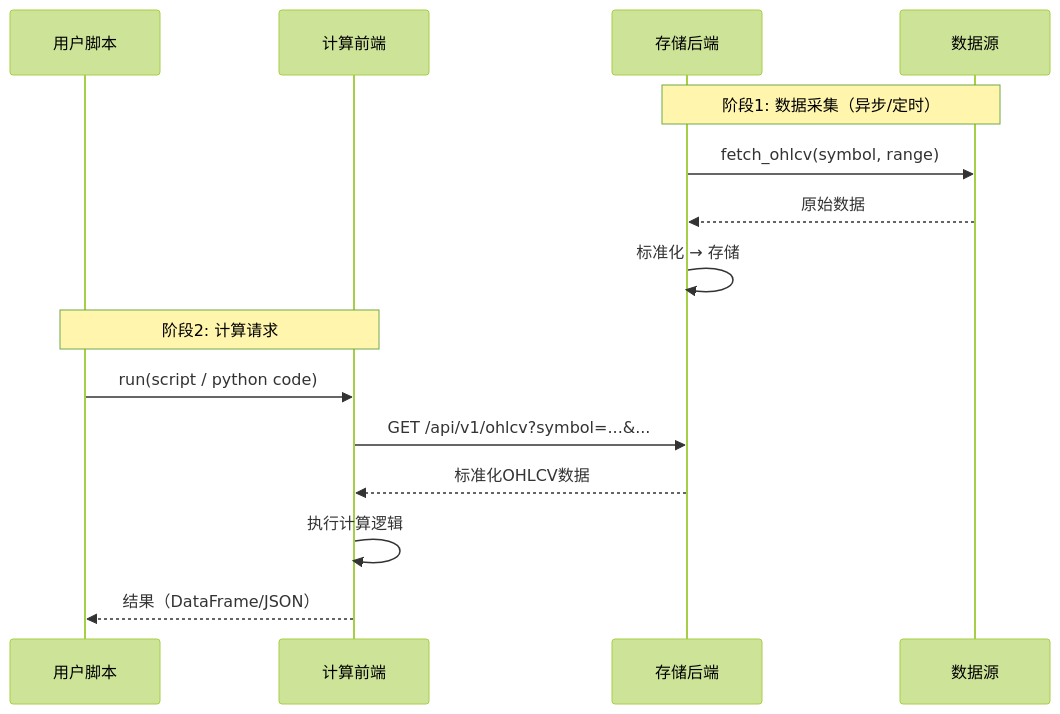
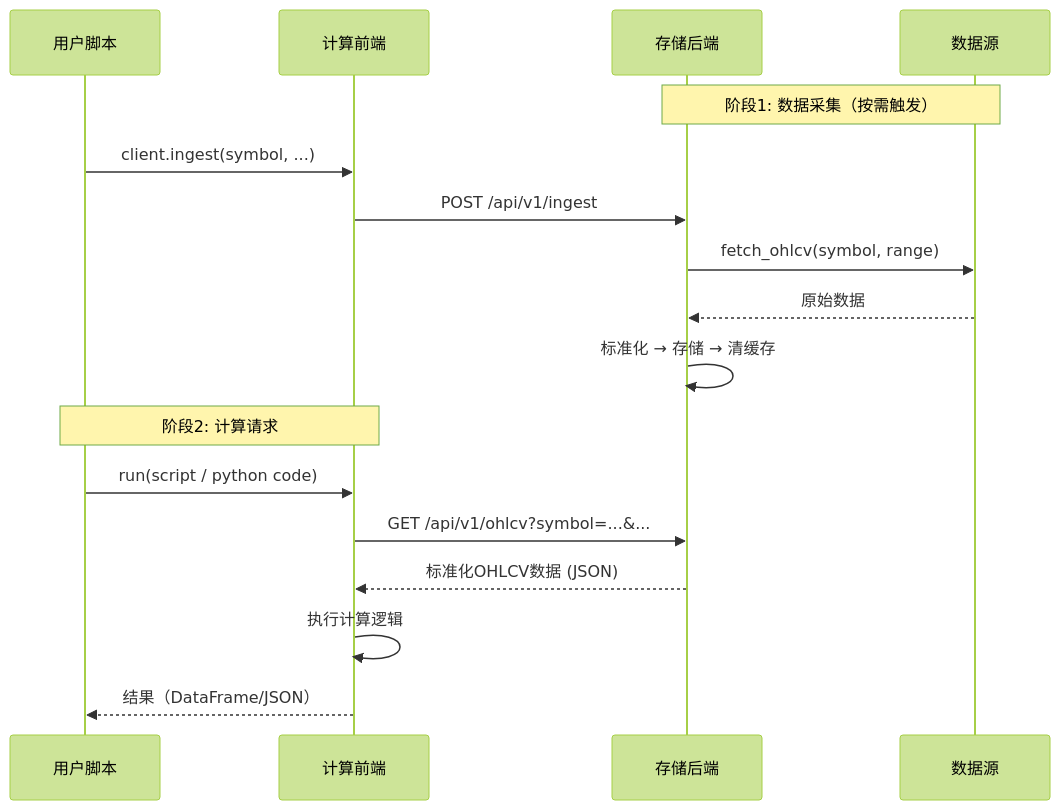
One commit to RESBI/StockStatistic changed the third of 23 diagrams in DESIGN_CN.md. Above: the diagram before and after it, drawn with Mermaid (forest theme). The commit also changed other lines of this file and 12 other files, not shown here.

````diff
--- a/DESIGN_CN.md
+++ b/DESIGN_CN.md
@@ -165,19 +152,21 @@
 ```mermaid
 sequenceDiagram
     participant User as 用户脚本
     participant FE as 计算前端
     participant BE as 存储后端
     participant Src as 数据源
 
-    Note over BE,Src: 阶段1: 数据采集（异步/定时）
+    Note over BE,Src: 阶段1: 数据采集（按需触发）
+    User->>FE: client.ingest(symbol, ...)
+    FE->>BE: POST /api/v1/ingest
     BE->>Src: fetch_ohlcv(symbol, range)
     Src-->>BE: 原始数据
-    BE->>BE: 标准化 → 存储
+    BE->>BE: 标准化 → 存储 → 清缓存
 
     Note over User,FE: 阶段2: 计算请求
     User->>FE: run(script / python code)
     FE->>BE: GET /api/v1/ohlcv?symbol=...&...
-    BE-->>FE: 标准化OHLCV数据
+    BE-->>FE: 标准化OHLCV数据 (JSON)
     FE->>FE: 执行计算逻辑
     FE-->>User: 结果（DataFrame/JSON）
 ```
````
